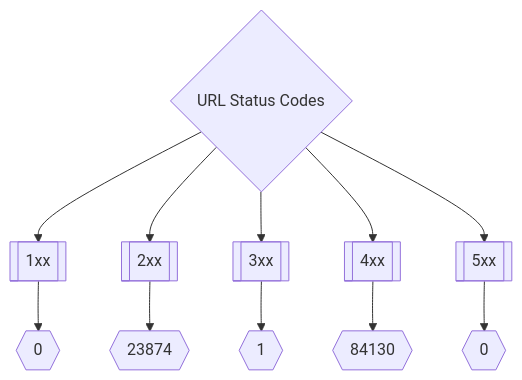
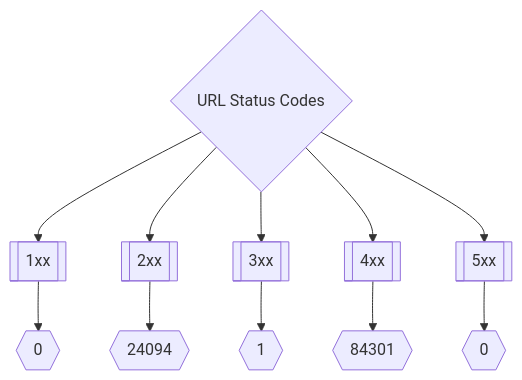
One commit to trickest/inventory changed the second of 3 diagrams in README.md. Above: the diagram before and after it, drawn with Mermaid. The commit also changed other lines of this file and 127 other files, not shown here.

````diff
--- a/README.md
+++ b/README.md
@@ -173,8 +173,8 @@
 ```mermaid
 graph TD
 title{URL Status Codes} --> 1xx[[1xx]] --> status1xxNum{{0}}
-title --> 2xx[[2xx]] --> status2xxNum{{23874}}
+title --> 2xx[[2xx]] --> status2xxNum{{24094}}
 title --> 3xx[[3xx]] --> status3xxNum{{1}}
-title --> 4xx[[4xx]] --> status4xxNum{{84130}}
+title --> 4xx[[4xx]] --> status4xxNum{{84301}}
 title --> 5xx[[5xx]] --> status5xxNum{{0}}
 ```
````
